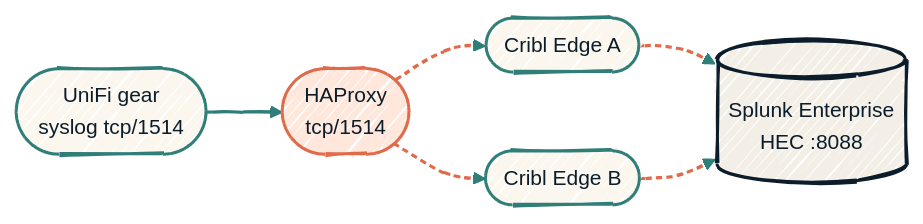
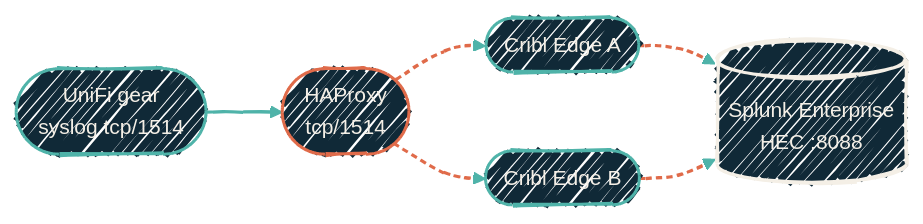
The first of 2 diagrams in architecture/data-pipelines.mdx (dryvist/docs), drawn with Mermaid before and after one commit. The commit also changed other lines of this file and 11 other files, not shown here.

````diff
--- a/architecture/data-pipelines.mdx
+++ b/architecture/data-pipelines.mdx
@@ -17,24 +17,24 @@
 ```mermaid
-%%{init: {'theme':'base','look':'handDrawn','themeVariables':{'fontFamily':'Geist','fontSize':'14px','primaryColor':'#FBF7EE','primaryTextColor':'#0B1D2A','primaryBorderColor':'#2F7E78','lineColor':'#2F7E78','secondaryColor':'#F4EFE6','tertiaryColor':'#FFE7DC','clusterBkg':'rgba(47,126,120,0.06)','clusterBorder':'#2F7E78'}}}%%
+%%{init: {'theme':'base','look':'handDrawn','themeVariables':{'fontFamily':'Geist','fontSize':'14px','primaryColor':'#102937','primaryTextColor':'#F4EFE6','primaryBorderColor':'#4FB3A9','lineColor':'#4FB3A9','secondaryColor':'#0B1D2A','tertiaryColor':'#1A2A38','clusterBkg':'rgba(79,179,169,0.08)','clusterBorder':'#4FB3A9'}}}%%
 flowchart LR
   Net([UniFi gear<br/>syslog tcp/1514])
   HA([HAProxy<br/>tcp/1514])
   EA([Cribl Edge A])
   EB([Cribl Edge B])
   SP[(Splunk Enterprise<br/>HEC :8088)]
 
   Net --> HA
   HA --> EA --> SP
   HA --> EB --> SP
 
-  classDef edge fill:#FBF7EE,stroke:#2F7E78,stroke-width:2px,color:#0B1D2A;
-  classDef proxy fill:#FFE7DC,stroke:#E06B4A,stroke-width:2px,color:#0B1D2A;
-  classDef store fill:#F4EFE6,stroke:#0B1D2A,stroke-width:2px,color:#0B1D2A;
+  classDef edge fill:#102937,stroke:#4FB3A9,stroke-width:2px,color:#F4EFE6;
+  classDef proxy fill:#102937,stroke:#E06B4A,stroke-width:2px,color:#F4EFE6;
+  classDef store fill:#102937,stroke:#F4EFE6,stroke-width:2px,color:#F4EFE6;
 
   class Net,EA,EB edge
   class HA proxy
   class SP store
 
-  linkStyle 0 stroke:#2F7E78,stroke-width:2px;
+  linkStyle 0 stroke:#4FB3A9,stroke-width:2px;
   linkStyle 1,2,3,4 stroke:#E06B4A,stroke-width:2px,stroke-dasharray:4 3;
 ```
````
